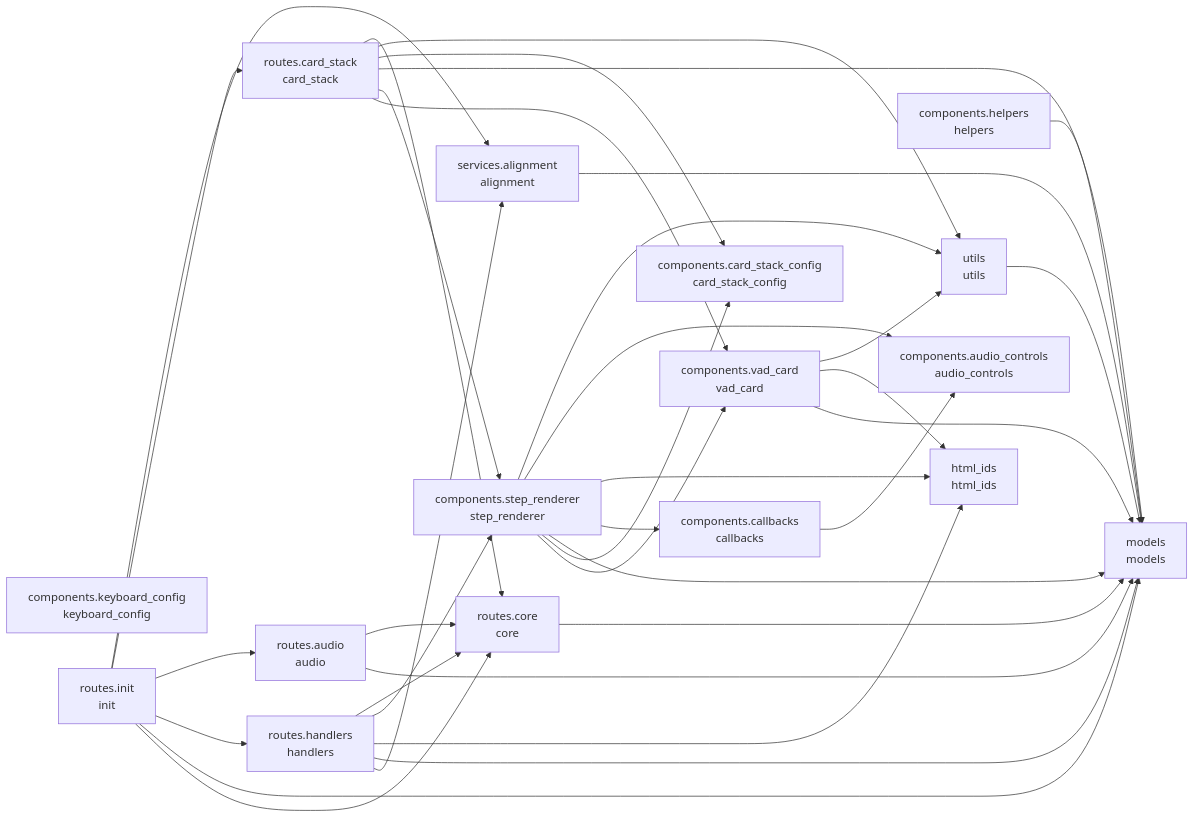
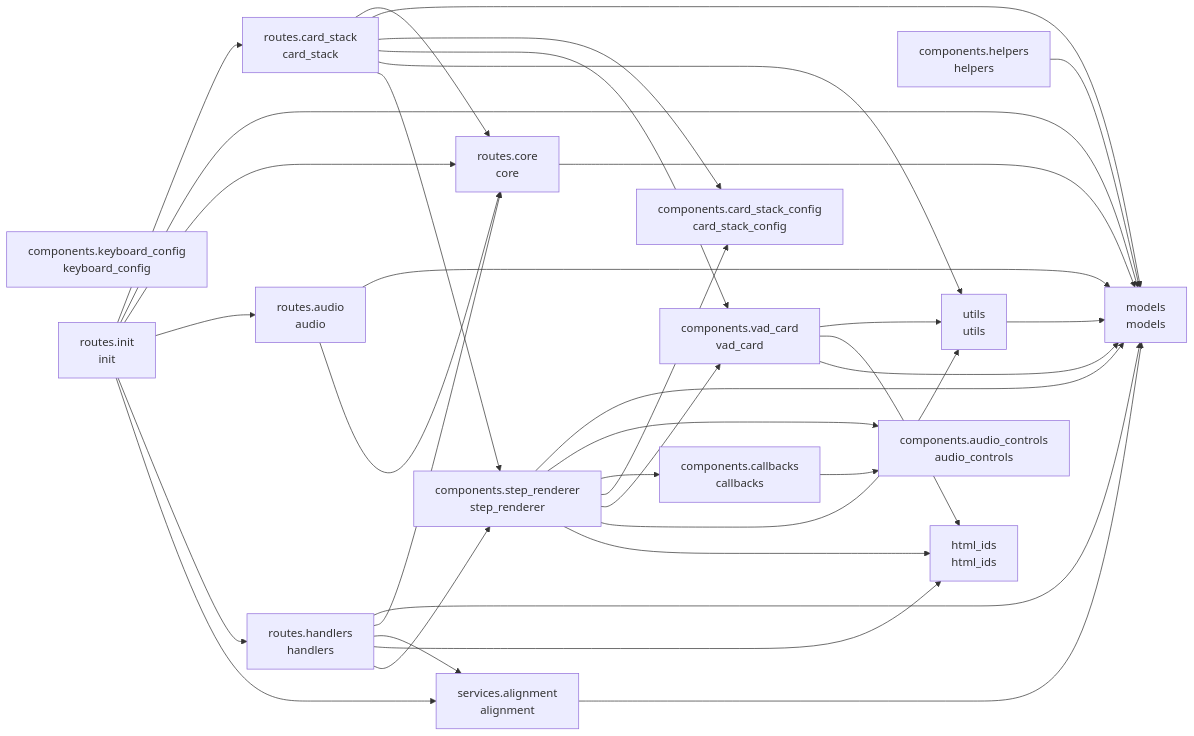
The diagram in README.md (cj-mills/cjm-transcript-vad-align), drawn with Mermaid before and after one commit. The commit also changed other lines of this file and 3 other files, not shown here.

````diff
--- a/README.md
+++ b/README.md
@@ -39,54 +39,54 @@
 ``` mermaid
 graph LR
     components_audio_controls[components.audio_controls<br/>audio_controls]
     components_callbacks[components.callbacks<br/>callbacks]
     components_card_stack_config[components.card_stack_config<br/>card_stack_config]
     components_helpers[components.helpers<br/>helpers]
     components_keyboard_config[components.keyboard_config<br/>keyboard_config]
     components_step_renderer[components.step_renderer<br/>step_renderer]
     components_vad_card[components.vad_card<br/>vad_card]
     html_ids[html_ids<br/>html_ids]
     models[models<br/>models]
     routes_audio[routes.audio<br/>audio]
     routes_card_stack[routes.card_stack<br/>card_stack]
     routes_core[routes.core<br/>core]
     routes_handlers[routes.handlers<br/>handlers]
     routes_init[routes.init<br/>init]
     services_alignment[services.alignment<br/>alignment]
     utils[utils<br/>utils]
 
     components_callbacks --> components_audio_controls
     components_helpers --> models
-    components_step_renderer --> utils
+    components_step_renderer --> models
     components_step_renderer --> components_audio_controls
-    components_step_renderer --> html_ids
     components_step_renderer --> components_callbacks
-    components_step_renderer --> models
     components_step_renderer --> components_card_stack_config
     components_step_renderer --> components_vad_card
+    components_step_renderer --> utils
+    components_step_renderer --> html_ids
     components_vad_card --> utils
     components_vad_card --> html_ids
     components_vad_card --> models
+    routes_audio --> models
     routes_audio --> routes_core
-    routes_audio --> models
     routes_card_stack --> routes_core
+    routes_card_stack --> models
+    routes_card_stack --> components_card_stack_config
+    routes_card_stack --> components_vad_card
     routes_card_stack --> utils
-    routes_card_stack --> components_card_stack_config
-    routes_card_stack --> models
     routes_card_stack --> components_step_renderer
-    routes_card_stack --> components_vad_card
     routes_core --> models
+    routes_handlers --> models
     routes_handlers --> routes_core
+    routes_handlers --> services_alignment
+    routes_handlers --> html_ids
     routes_handlers --> components_step_renderer
-    routes_handlers --> html_ids
-    routes_handlers --> models
-    routes_handlers --> services_alignment
-    routes_init --> services_alignment
     routes_init --> routes_card_stack
+    routes_init --> models
+    routes_init --> routes_core
     routes_init --> routes_audio
     routes_init --> routes_handlers
-    routes_init --> models
-    routes_init --> routes_core
+    routes_init --> services_alignment
     services_alignment --> models
     utils --> models
 ```
````
